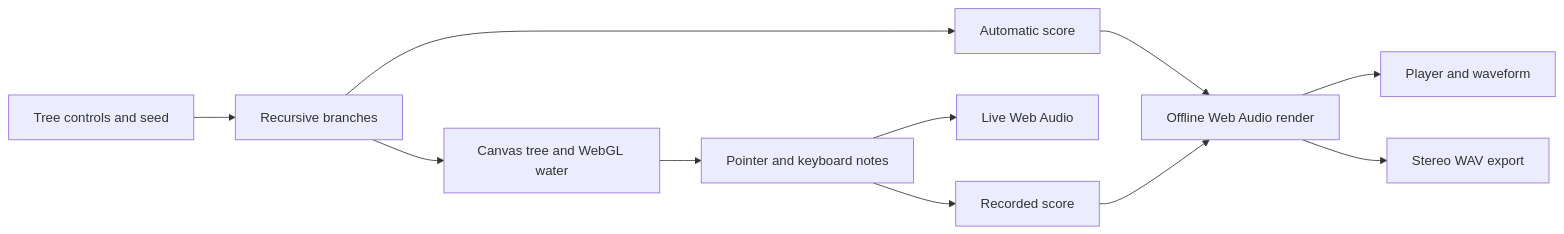
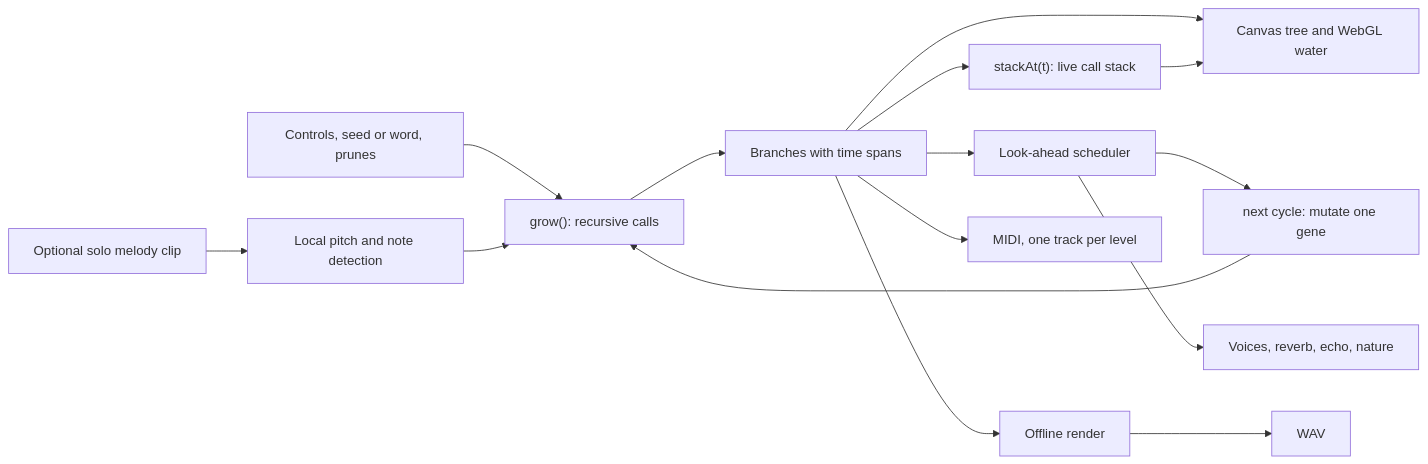
One commit to Tanzamul-Azad/StillWater changed the diagram in README.md. Above: the diagram before and after it, drawn with Mermaid. The commit also changed other lines of this file and 23 other files, not shown here.

Commit message:
Publish the interactive Stillwater call stack

````diff
--- a/README.md
+++ b/README.md
@@ -39,13 +71,15 @@
 ```mermaid
 flowchart LR
-  Controls["Tree controls and seed"] --> Tree["Recursive branches"]
-  Tree --> View["Canvas tree and WebGL water"]
-  Tree --> Auto["Automatic score"]
-  View --> Gesture["Pointer and keyboard notes"]
-  Gesture --> Live["Live Web Audio"]
-  Gesture --> Take["Recorded score"]
-  Auto --> Render["Offline Web Audio render"]
-  Take --> Render
-  Render --> Transport["Player and waveform"]
-  Render --> WAV["Stereo WAV export"]
+  Controls["Controls, seed or word, prunes"] --> Grow["grow(): recursive calls"]
+  Clip["Optional solo melody clip"] --> Detect["Local pitch and note detection"] --> Grow
+  Grow --> Tree["Branches with time spans"]
+  Tree --> Garden["Canvas tree and WebGL water"]
+  Tree --> Stack["stackAt(t): live call stack"]
+  Stack --> Garden
+  Tree --> Player["Look-ahead scheduler"]
+  Player --> Drift["next cycle: mutate one gene"]
+  Drift --> Grow
+  Player --> Engine["Voices, reverb, echo, nature"]
+  Tree --> Offline["Offline render"] --> WAV["WAV"]
+  Tree --> MIDI["MIDI, one track per level"]
 ```
````
